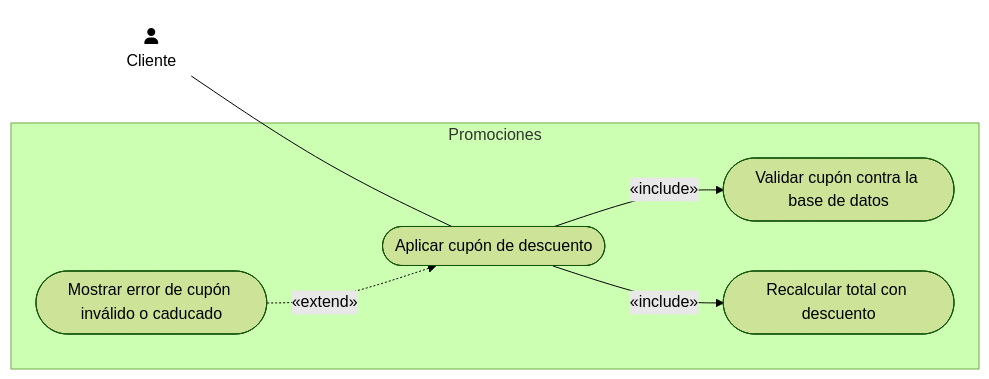
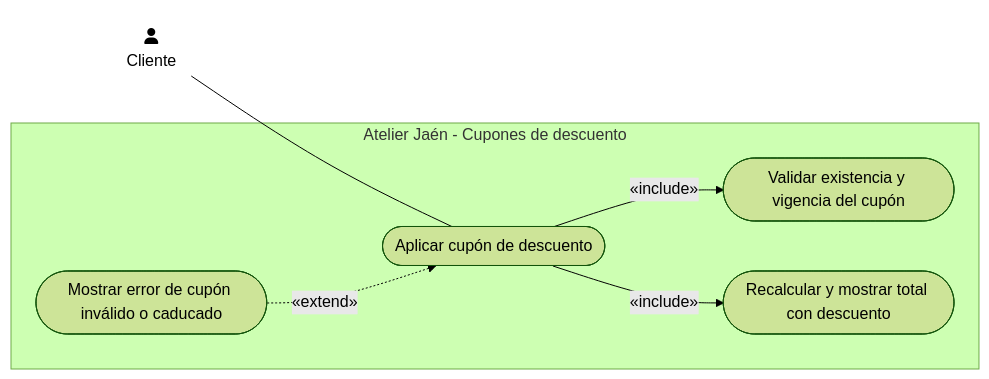
One commit to ajgarciarias10/PR3GPS changed the diagram in Practica3_G11_LaTeX/codigo/cu_us09.mmd. Above: the diagram before and after it, drawn with Mermaid (forest theme). The commit also changed 42 other files, not shown here.

```diff
--- a/Practica3_G11_LaTeX/codigo/cu_us09.mmd
+++ b/Practica3_G11_LaTeX/codigo/cu_us09.mmd
@@ -1,13 +1,18 @@
 flowchart LR
-    subgraph SB9 ["Promociones"]
+    Cliente("fa:fa-user<br>Cliente")
+
+    subgraph SB9 ["Atelier Jaén - Cupones de descuento"]
         AplicarCupon([Aplicar cupón de descuento])
-        ValidarCupon([Validar cupón contra la base de datos])
-        RecalcularTotal([Recalcular total con descuento])
+        ValidarCupon([Validar existencia y vigencia del cupón])
+        RecalcularTotal([Recalcular y mostrar total con descuento])
         CuponInvalido([Mostrar error de cupón inválido o caducado])
     end
-    Cliente("fa:fa-user<br>Cliente") --- AplicarCupon
+
+    Cliente --- AplicarCupon
+
     AplicarCupon -->|«include»| ValidarCupon
     AplicarCupon -->|«include»| RecalcularTotal
     CuponInvalido -.->|«extend»| AplicarCupon
+
     classDef actor fill:none,stroke:none;
     class Cliente actor;
```
